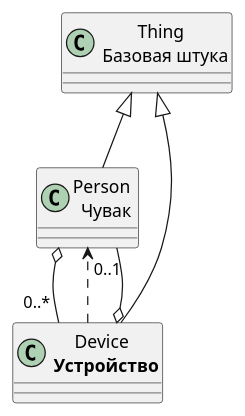
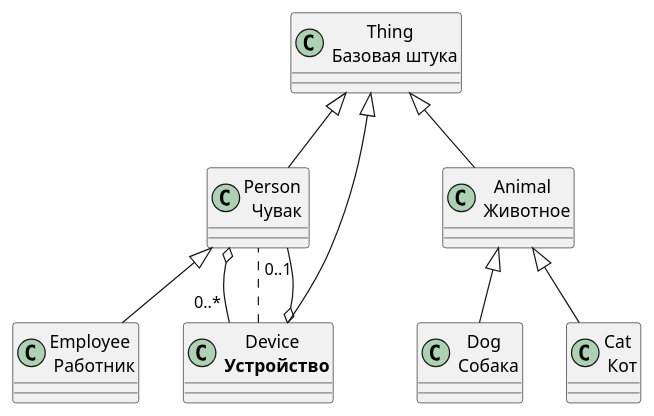
One commit to simplepersonru/SimpleOntoDoc changed the diagram in Example2/output/Readme.md. Above: the diagram before and after it, drawn with PlantUML. The commit also changed other lines of this file and 9 other files, not shown here.

````diff
--- a/Example2/output/Readme.md
+++ b/Example2/output/Readme.md
@@ -19,15 +19,23 @@
 ```plantuml
 @startuml
 skinparam groupInheritance 6
 set separator none
 class "Thing \n Базовая штука" as demo.Thing  
 class "Person \n Чувак" as demo.Person  
+class "Employee \n Работник" as demo.Employee  
+class "Animal \n Животное" as demo.Animal  
+class "Dog \n Собака" as demo.Dog  
+class "Cat \n Кот" as demo.Cat  
 class "Device \n **Устройство**" as demo.Device  
 demo.Person o--"0..*" demo.Device
 demo.Thing <|-down- demo.Person
-demo.Device ..> demo.Person
+demo.Person <|-down- demo.Employee
+demo.Thing <|-down- demo.Animal
+demo.Animal <|-down- demo.Dog
+demo.Animal <|-down- demo.Cat
+demo.Device .. demo.Person
 demo.Device o--"0..1" demo.Person
 demo.Thing <|-down- demo.Device
 
 @enduml
 ```
````
